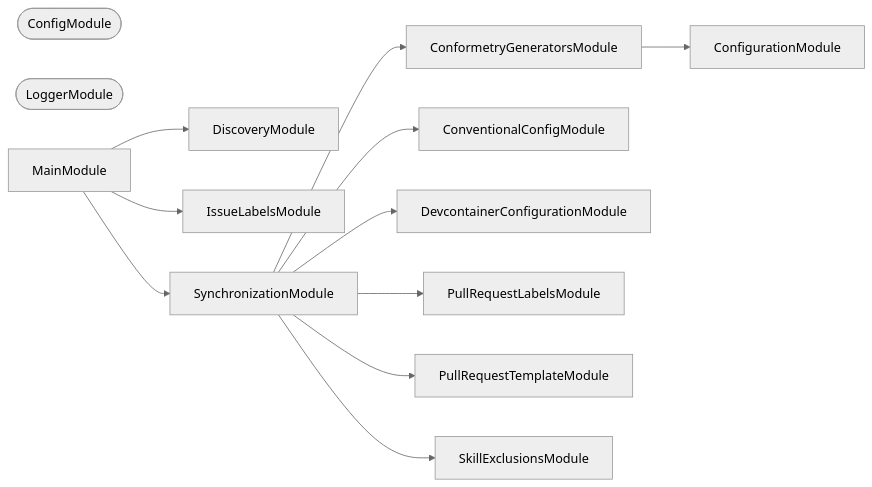
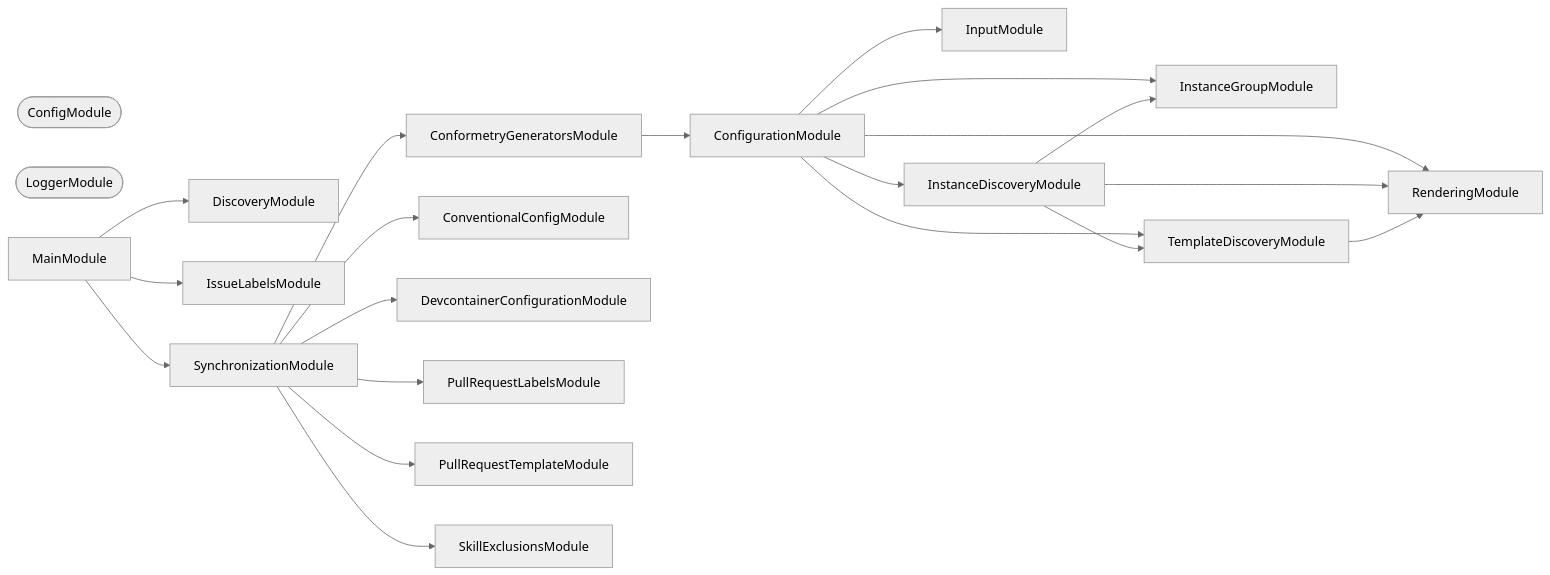
The second of 3 diagrams in tools/synchronization/README.md (JimmyPaolini/codebase), drawn with Mermaid (neutral theme) before and after one commit. The commit also changed other lines of this file and 3 other files, not shown here.

````diff
--- a/tools/synchronization/README.md
+++ b/tools/synchronization/README.md
@@ -513,26 +513,40 @@
 ```mermaid
 flowchart LR
   ConfigModule([ConfigModule])
   ConfigurationModule
   ConformetryGeneratorsModule
   ConventionalConfigModule
   DevcontainerConfigurationModule
   DiscoveryModule
+  InputModule
+  InstanceDiscoveryModule
+  InstanceGroupModule
   IssueLabelsModule
   LoggerModule([LoggerModule])
   MainModule
   PullRequestLabelsModule
   PullRequestTemplateModule
+  RenderingModule
   SkillExclusionsModule
   SynchronizationModule
+  TemplateDiscoveryModule
+  ConfigurationModule --> InputModule
+  ConfigurationModule --> InstanceDiscoveryModule
+  ConfigurationModule --> InstanceGroupModule
+  ConfigurationModule --> RenderingModule
+  ConfigurationModule --> TemplateDiscoveryModule
   ConformetryGeneratorsModule --> ConfigurationModule
+  InstanceDiscoveryModule --> InstanceGroupModule
+  InstanceDiscoveryModule --> RenderingModule
+  InstanceDiscoveryModule --> TemplateDiscoveryModule
   MainModule --> DiscoveryModule
   MainModule --> IssueLabelsModule
   MainModule --> SynchronizationModule
   SynchronizationModule --> ConformetryGeneratorsModule
   SynchronizationModule --> ConventionalConfigModule
   SynchronizationModule --> DevcontainerConfigurationModule
   SynchronizationModule --> PullRequestLabelsModule
   SynchronizationModule --> PullRequestTemplateModule
   SynchronizationModule --> SkillExclusionsModule
+  TemplateDiscoveryModule --> RenderingModule
 ```
````
